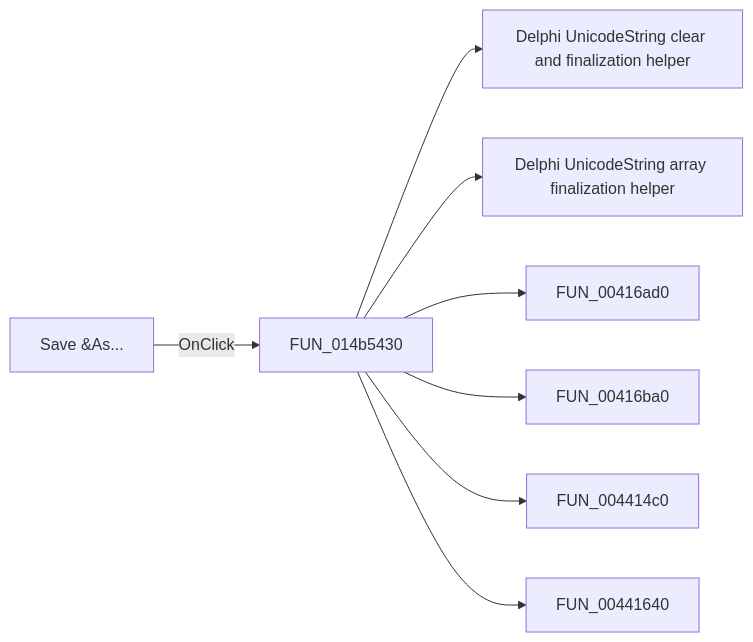
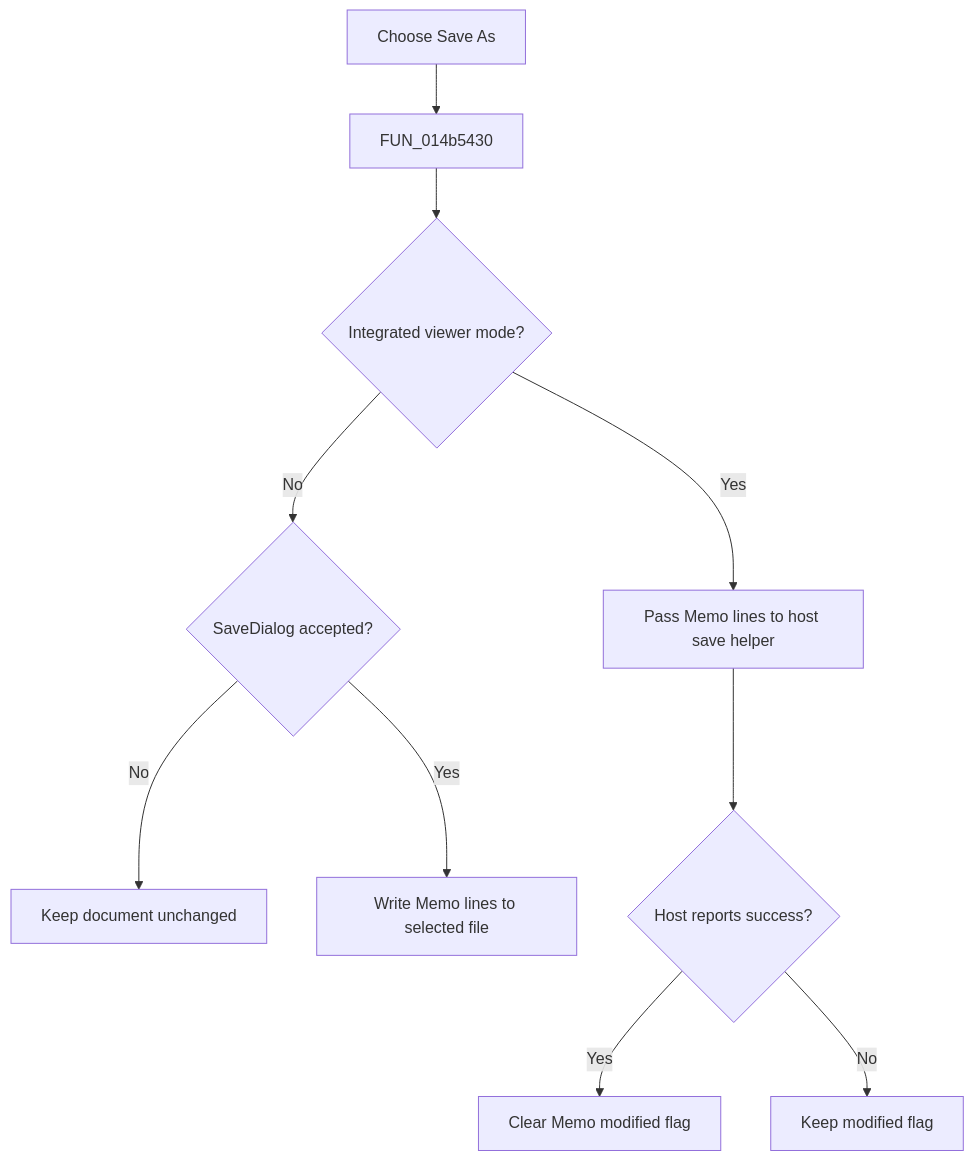
The diagram in docs/ui-controls/netlistviewer/misaveas-e3200d78e5.md (MovGP0/TIARA), drawn with Mermaid before and after one commit. The commit also changed other lines of this file and 1062 other files, not shown here.

````diff
--- a/docs/ui-controls/netlistviewer/misaveas-e3200d78e5.md
+++ b/docs/ui-controls/netlistviewer/misaveas-e3200d78e5.md
@@ -27,10 +27,12 @@
 ```mermaid
-flowchart LR
-    control["Save &As..."] -->|OnClick| handler["FUN_014b5430"]
-    handler --> call1["Delphi UnicodeString clear and finalization helper"]
-    handler --> call2["Delphi UnicodeString array finalization helper"]
-    handler --> call3["FUN_00416ad0"]
-    handler --> call4["FUN_00416ba0"]
-    handler --> call5["FUN_004414c0"]
-    handler --> call6["FUN_00441640"]
+flowchart TD
+    control["Choose Save As"] --> handler["FUN_014b5430"]
+    handler --> mode{"Integrated viewer mode?"}
+    mode -->|No| dialog{"SaveDialog accepted?"}
+    dialog -->|No| noop["Keep document unchanged"]
+    dialog -->|Yes| file["Write Memo lines to selected file"]
+    mode -->|Yes| host["Pass Memo lines to host save helper"]
+    host --> success{"Host reports success?"}
+    success -->|Yes| clean["Clear Memo modified flag"]
+    success -->|No| keep["Keep modified flag"]
 ```
````
